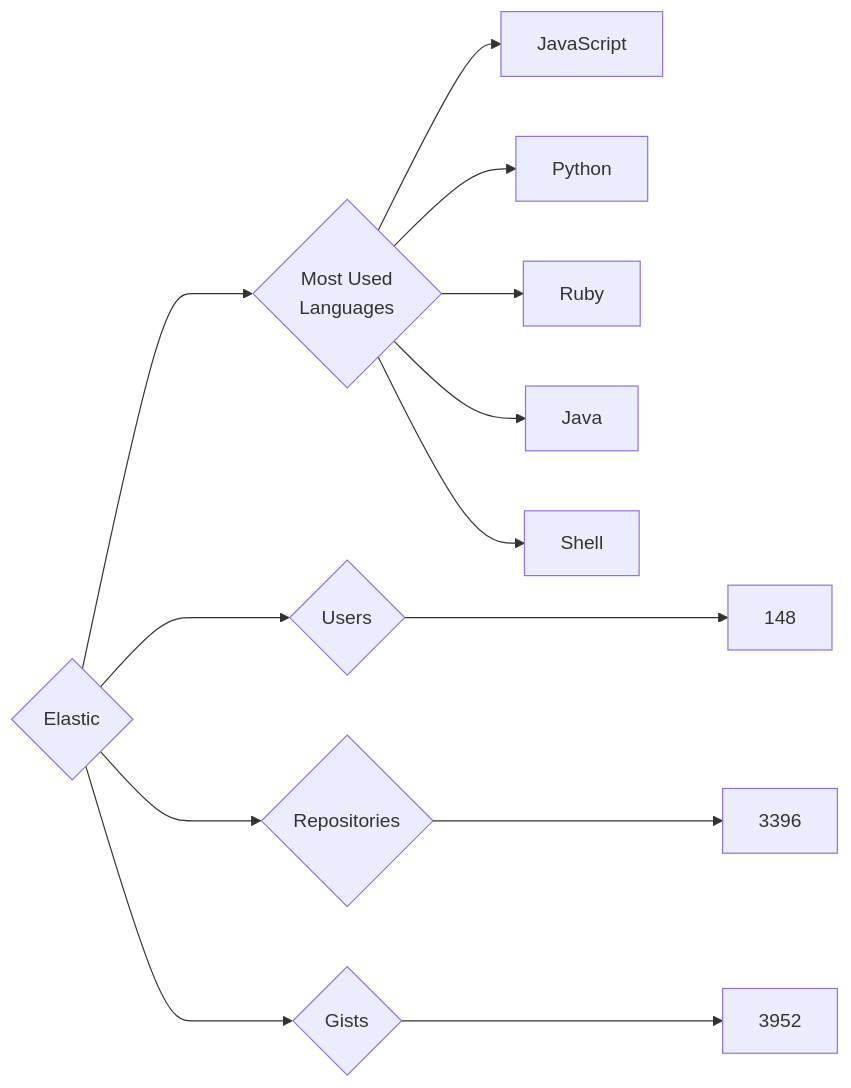
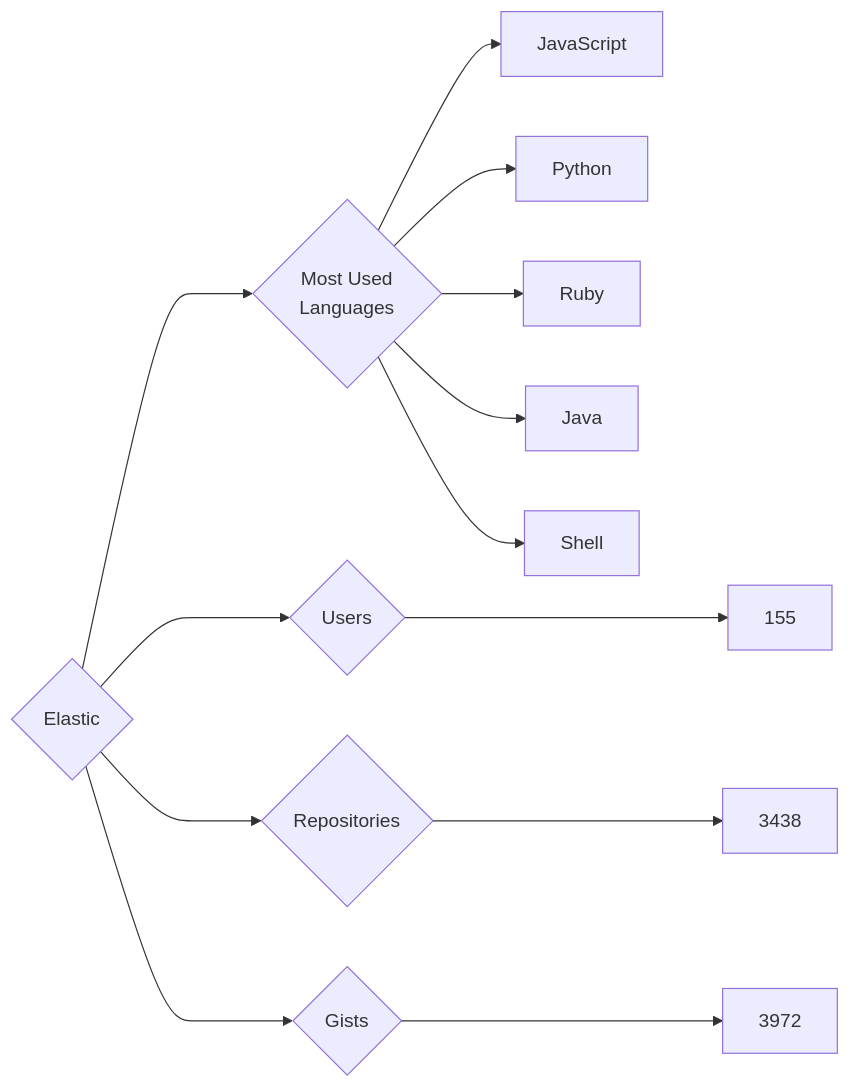
One commit to trickest/insiders changed the diagram in targets/Elastic/README.md. Above: the diagram before and after it, drawn with Mermaid. The commit also changed 786 other files, not shown here.

````diff
--- a/targets/Elastic/README.md
+++ b/targets/Elastic/README.md
@@ -3,13 +3,13 @@
 ```mermaid
 graph LR
 COMPANY_NAME{Elastic}
-COMPANY_NAME ---> U{Users} ---> UN[148]
-COMPANY_NAME ---> R{Repositories} ---> RN[3396]
-COMPANY_NAME ---> G{Gists} ---> GN[3952]
+COMPANY_NAME ---> U{Users} ---> UN[155]
+COMPANY_NAME ---> R{Repositories} ---> RN[3438]
+COMPANY_NAME ---> G{Gists} ---> GN[3972]
 COMPANY_NAME ---> ML{Most Used<br>Languages}
 ML --> JavaScript[JavaScript]
 ML --> Python[Python]
 ML --> Ruby[Ruby]
 ML --> Java[Java]
 ML --> Shell[Shell]
 ```
````
